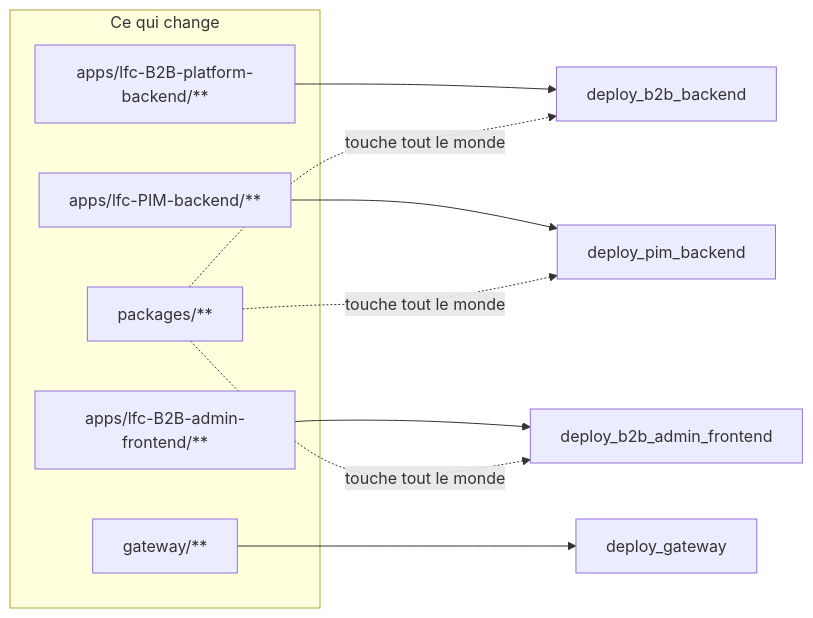
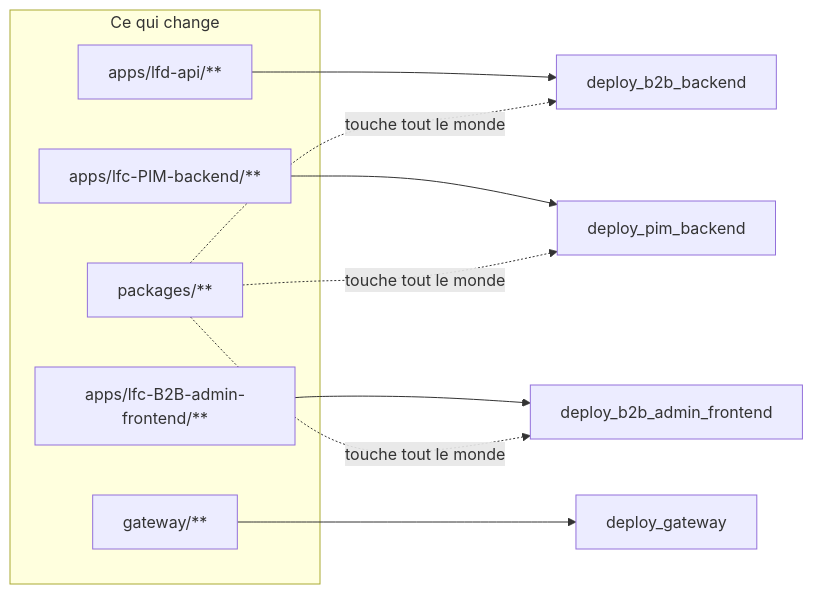
The first of 2 diagrams in documentation/ops/pipelines.md (hugoheynard/lfd), drawn with Mermaid before and after one commit. The commit also changed 1059 other files, not shown here.

First line of the commit message:
refactor(repo): B0 — le backend s'appelle lfd-api

````diff
--- a/documentation/ops/pipelines.md
+++ b/documentation/ops/pipelines.md
@@ -11,15 +11,15 @@
 ```mermaid
 flowchart LR
     subgraph src["Ce qui change"]
-        A["apps/lfc-B2B-platform-backend/**"]
+        A["apps/lfd-api/**"]
         B["apps/lfc-PIM-backend/**"]
         C["apps/lfc-B2B-admin-frontend/**"]
         D["packages/**"]
         E["gateway/**"]
     end
     A --> WB[deploy_b2b_backend]
     B --> WP[deploy_pim_backend]
     C --> WA[deploy_b2b_admin_frontend]
     E --> WG[deploy_gateway]
     D -.->|"touche tout le monde"| WB & WP & WA
 ```
````
